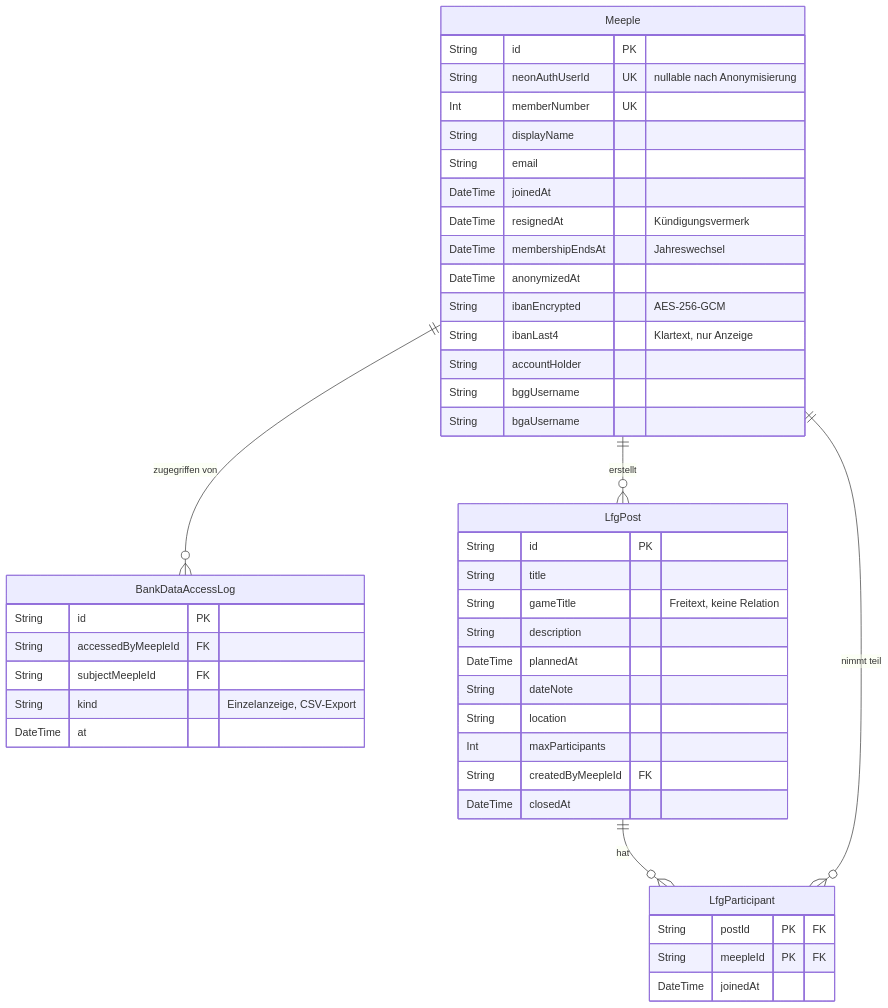
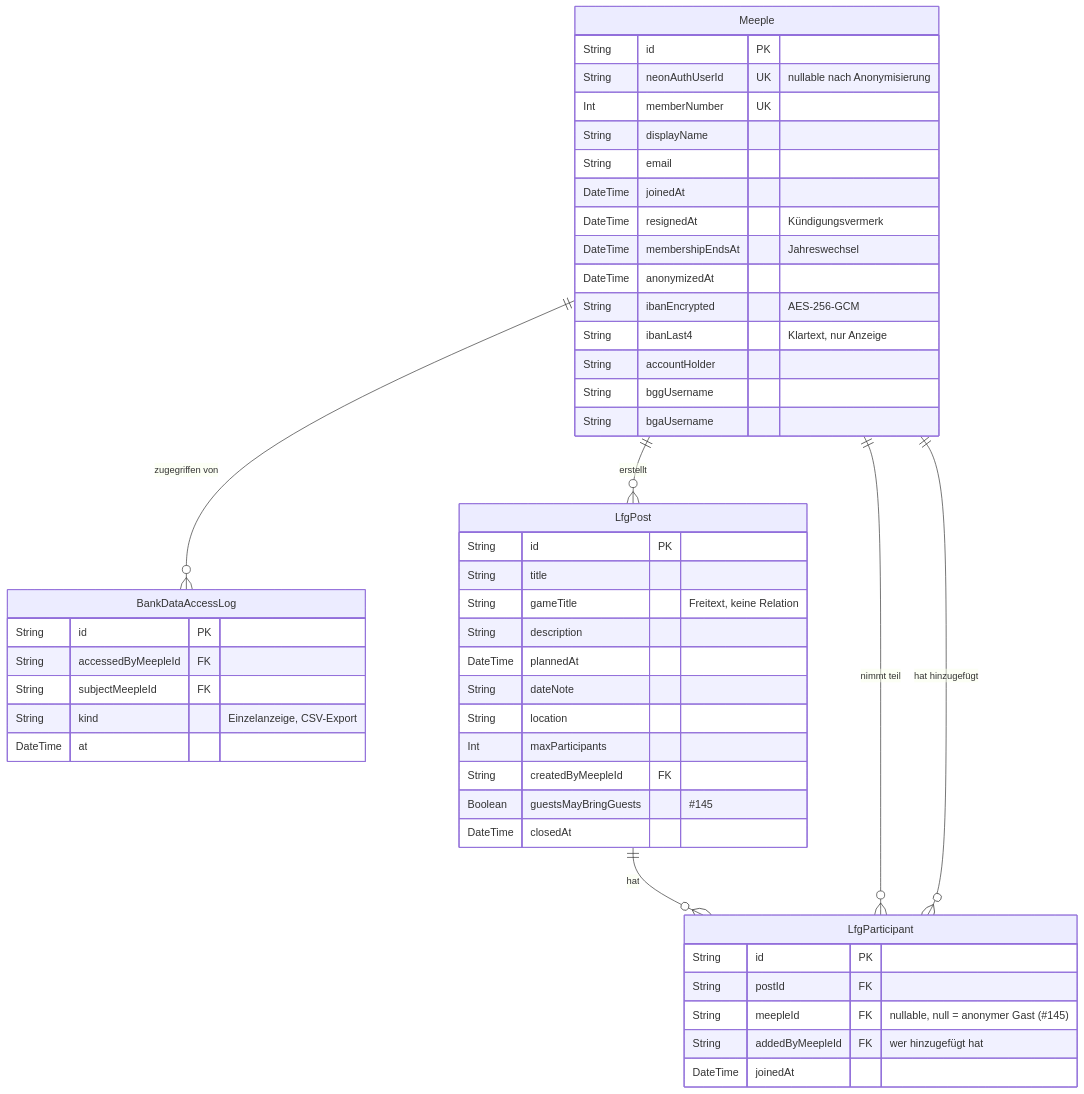
The third of 5 diagrams in docs/schema.md (oecher-meeples/portal), drawn with Mermaid before and after one commit. The commit also changed other lines of this file and 24 other files, not shown here.

````diff
--- a/docs/schema.md
+++ b/docs/schema.md
@@ -125,51 +125,55 @@
 ```mermaid
 erDiagram
     Meeple {
         String id PK
         String neonAuthUserId UK "nullable nach Anonymisierung"
         Int memberNumber UK
         String displayName
         String email
         DateTime joinedAt
         DateTime resignedAt "Kündigungsvermerk"
         DateTime membershipEndsAt "Jahreswechsel"
         DateTime anonymizedAt
         String ibanEncrypted "AES-256-GCM"
         String ibanLast4 "Klartext, nur Anzeige"
         String accountHolder
         String bggUsername
         String bgaUsername
     }
 
     BankDataAccessLog {
         String id PK
         String accessedByMeepleId FK
         String subjectMeepleId FK
         String kind "Einzelanzeige, CSV-Export"
         DateTime at
     }
 
     LfgPost {
         String id PK
         String title
         String gameTitle "Freitext, keine Relation"
         String description
         DateTime plannedAt
         String dateNote
         String location
         Int maxParticipants
         String createdByMeepleId FK
+        Boolean guestsMayBringGuests "#145"
         DateTime closedAt
     }
 
     LfgParticipant {
-        String postId PK "FK"
-        String meepleId PK "FK"
+        String id PK
+        String postId FK
+        String meepleId FK "nullable, null = anonymer Gast (#145)"
+        String addedByMeepleId FK "wer hinzugefügt hat"
         DateTime joinedAt
     }
 
     Meeple ||--o{ BankDataAccessLog : "zugegriffen von"
     Meeple ||--o{ LfgPost : "erstellt"
     LfgPost ||--o{ LfgParticipant : "hat"
     Meeple ||--o{ LfgParticipant : "nimmt teil"
+    Meeple ||--o{ LfgParticipant : "hat hinzugefügt"
 ```
````
